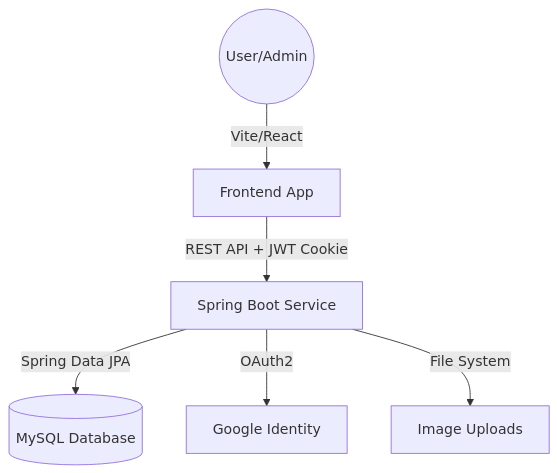
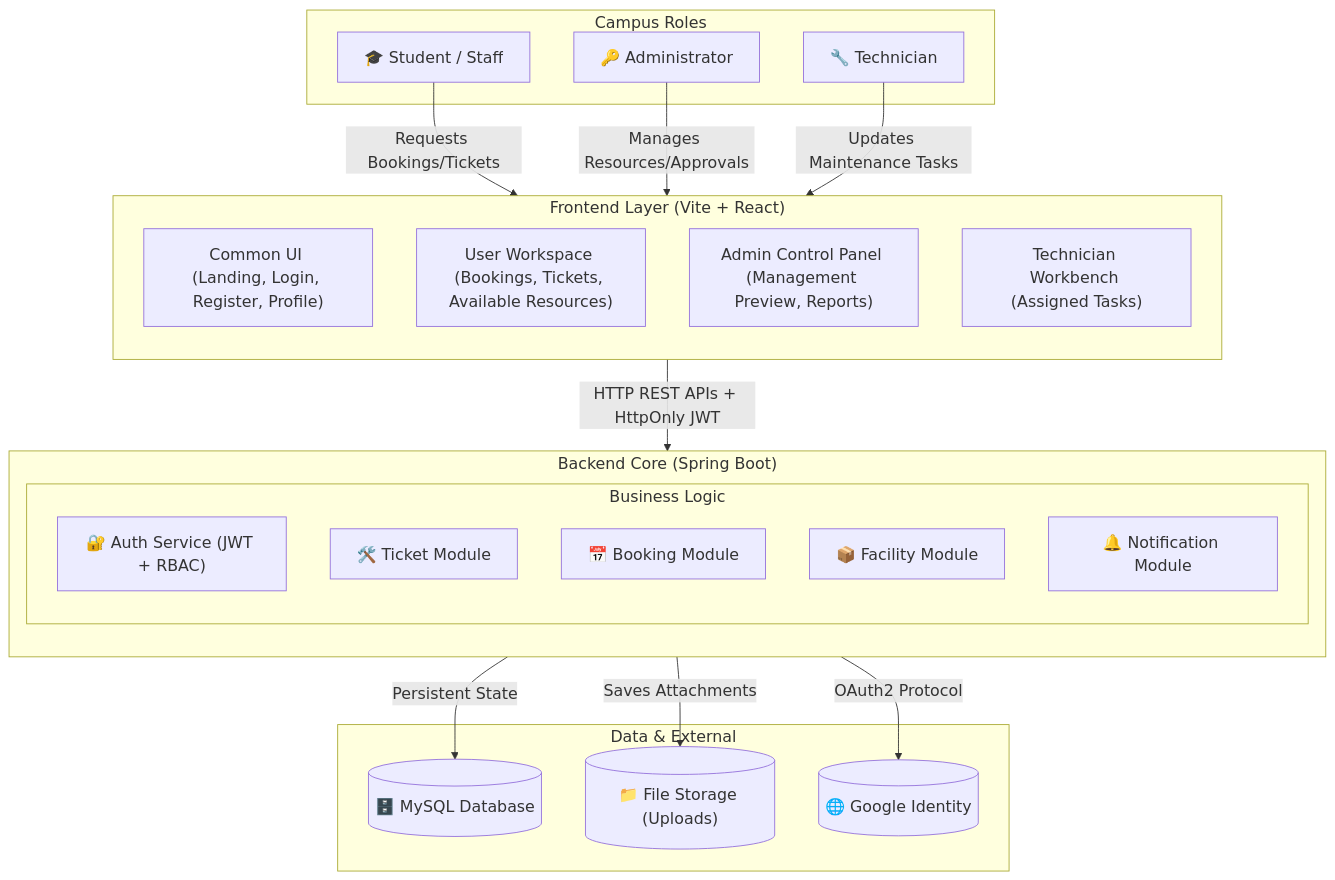
One commit to Danidu-Muhandiram/it3030-paf-2026-smart-campus-group changed the diagram in README.md. Above: the diagram before and after it, drawn with Mermaid. The commit also changed other lines of this file, not shown here.

Commit message:
Revise architecture diagram and clean up README
Updated system architecture diagram and removed maintenance workflow section.

````diff
--- a/README.md
+++ b/README.md
@@ -122,8 +121,49 @@
 ```mermaid
-graph TD
-    User((User/Admin)) -->|Vite/React| Frontend[Frontend App]
-    Frontend -->|REST API + JWT Cookie| Backend[Spring Boot Service]
-    Backend -->|Spring Data JPA| DB[(MySQL Database)]
-    Backend -->|OAuth2| Google[Google Identity]
-    Backend -->|File System| Storage[Image Uploads]
+%%{init: {'themeVariables': { 'fontSize': '18px' }}}%%
+graph TB
+    %% Actors & Roles
+    subgraph Roles [Campus Roles]
+        User["🎓 Student / Staff"]
+        Admin["🔑 Administrator"]
+        Tech["🔧 Technician"]
+    end
+
+    %% Frontend Layer
+    subgraph Frontend ["Frontend Layer (Vite + React)"]
+        direction TB
+        UI_Common["Common UI (Landing, Login, Register, Profile)"]
+        UI_User["User Workspace (Bookings, Tickets, Available Resources)"]
+        UI_Admin["Admin Control Panel (Management Preview, Reports)"]
+        UI_Tech["Technician Workbench (Assigned Tasks)"]
+    end
+
+    %% Backend Layer
+    subgraph Backend ["Backend Core (Spring Boot)"]
+        direction TB
+        subgraph Services [Business Logic]
+            M_Auth["🔐 Auth Service (JWT + RBAC)"]
+            M_Ticket["🛠️ Ticket Module"]
+            M_Booking["📅 Booking Module"]
+            M_Facility["📦 Facility Module"]
+            M_Notif["🔔 Notification Module"]
+        end
+    end
+
+    %% Infrastructure
+    subgraph Infrastructure [Data & External]
+        DB[("🗄️ MySQL Database")]
+        Storage[("📁 File Storage (Uploads)")]
+        Google[("🌐 Google Identity")]
+    end
+
+    %% Relations
+    User -->|Requests Bookings/Tickets| UI_User
+    Admin -->|Manages Resources/Approvals| UI_Admin
+    Tech -->|Updates Maintenance Tasks| UI_Tech
+
+    Frontend -->|HTTP REST APIs + HttpOnly JWT| Backend
+
+    M_Auth -->|OAuth2 Protocol| Google
+    M_Ticket -->|Saves Attachments| Storage
+    Services -->|Persistent State| DB
 ```
````
